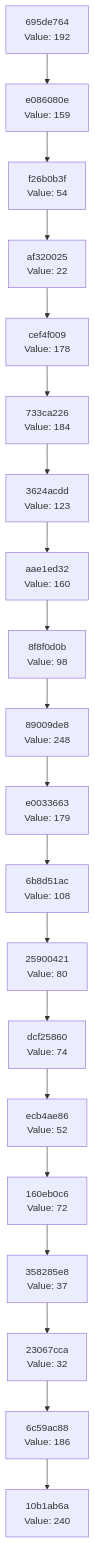
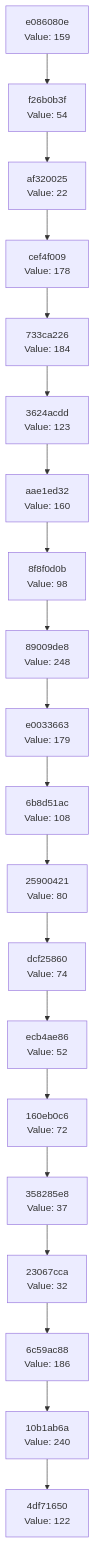
The diagram in docs/CHAIN_VISUALIZATION.md (Abhisheksinha1506/hash-chain-evolver), drawn with Mermaid before and after one commit. The commit also changed 3 other files, not shown here.

````diff
--- a/docs/CHAIN_VISUALIZATION.md
+++ b/docs/CHAIN_VISUALIZATION.md
@@ -3,42 +3,42 @@
 ```mermaid
 graph TD
-    C0["10b1ab6a<br/>Value: 240"]
-    C1["6c59ac88<br/>Value: 186"]
+    C0["4df71650<br/>Value: 122"]
+    C1["10b1ab6a<br/>Value: 240"]
     C1 --> C0
-    C2["23067cca<br/>Value: 32"]
+    C2["6c59ac88<br/>Value: 186"]
     C2 --> C1
-    C3["358285e8<br/>Value: 37"]
+    C3["23067cca<br/>Value: 32"]
     C3 --> C2
-    C4["160eb0c6<br/>Value: 72"]
+    C4["358285e8<br/>Value: 37"]
     C4 --> C3
-    C5["ecb4ae86<br/>Value: 52"]
+    C5["160eb0c6<br/>Value: 72"]
     C5 --> C4
-    C6["dcf25860<br/>Value: 74"]
+    C6["ecb4ae86<br/>Value: 52"]
     C6 --> C5
-    C7["25900421<br/>Value: 80"]
+    C7["dcf25860<br/>Value: 74"]
     C7 --> C6
-    C8["6b8d51ac<br/>Value: 108"]
+    C8["25900421<br/>Value: 80"]
     C8 --> C7
-    C9["e0033663<br/>Value: 179"]
+    C9["6b8d51ac<br/>Value: 108"]
     C9 --> C8
-    C10["89009de8<br/>Value: 248"]
+    C10["e0033663<br/>Value: 179"]
     C10 --> C9
-    C11["8f8f0d0b<br/>Value: 98"]
+    C11["89009de8<br/>Value: 248"]
     C11 --> C10
-    C12["aae1ed32<br/>Value: 160"]
+    C12["8f8f0d0b<br/>Value: 98"]
     C12 --> C11
-    C13["3624acdd<br/>Value: 123"]
+    C13["aae1ed32<br/>Value: 160"]
     C13 --> C12
-    C14["733ca226<br/>Value: 184"]
+    C14["3624acdd<br/>Value: 123"]
     C14 --> C13
-    C15["cef4f009<br/>Value: 178"]
+    C15["733ca226<br/>Value: 184"]
     C15 --> C14
-    C16["af320025<br/>Value: 22"]
+    C16["cef4f009<br/>Value: 178"]
     C16 --> C15
-    C17["f26b0b3f<br/>Value: 54"]
+    C17["af320025<br/>Value: 22"]
     C17 --> C16
-    C18["e086080e<br/>Value: 159"]
+    C18["f26b0b3f<br/>Value: 54"]
     C18 --> C17
-    C19["695de764<br/>Value: 192"]
+    C19["e086080e<br/>Value: 159"]
     C19 --> C18
 ```
````
